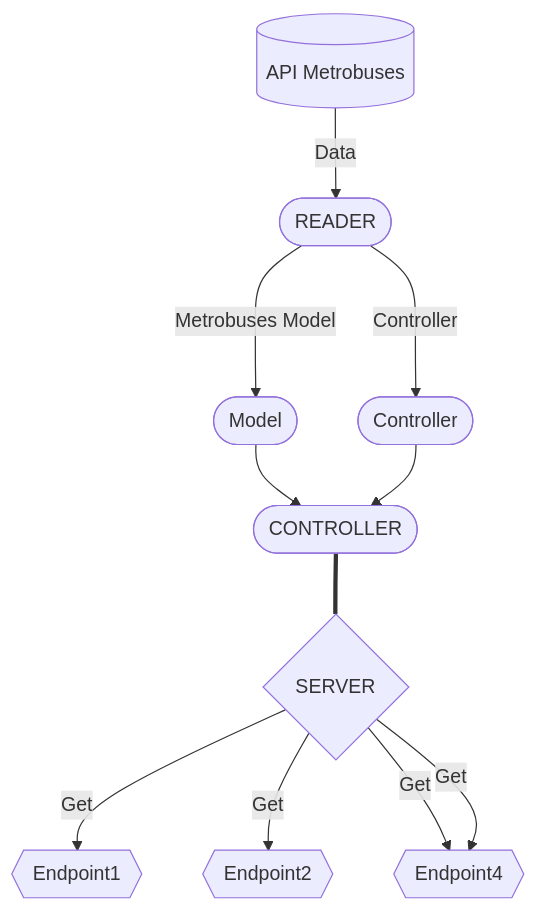
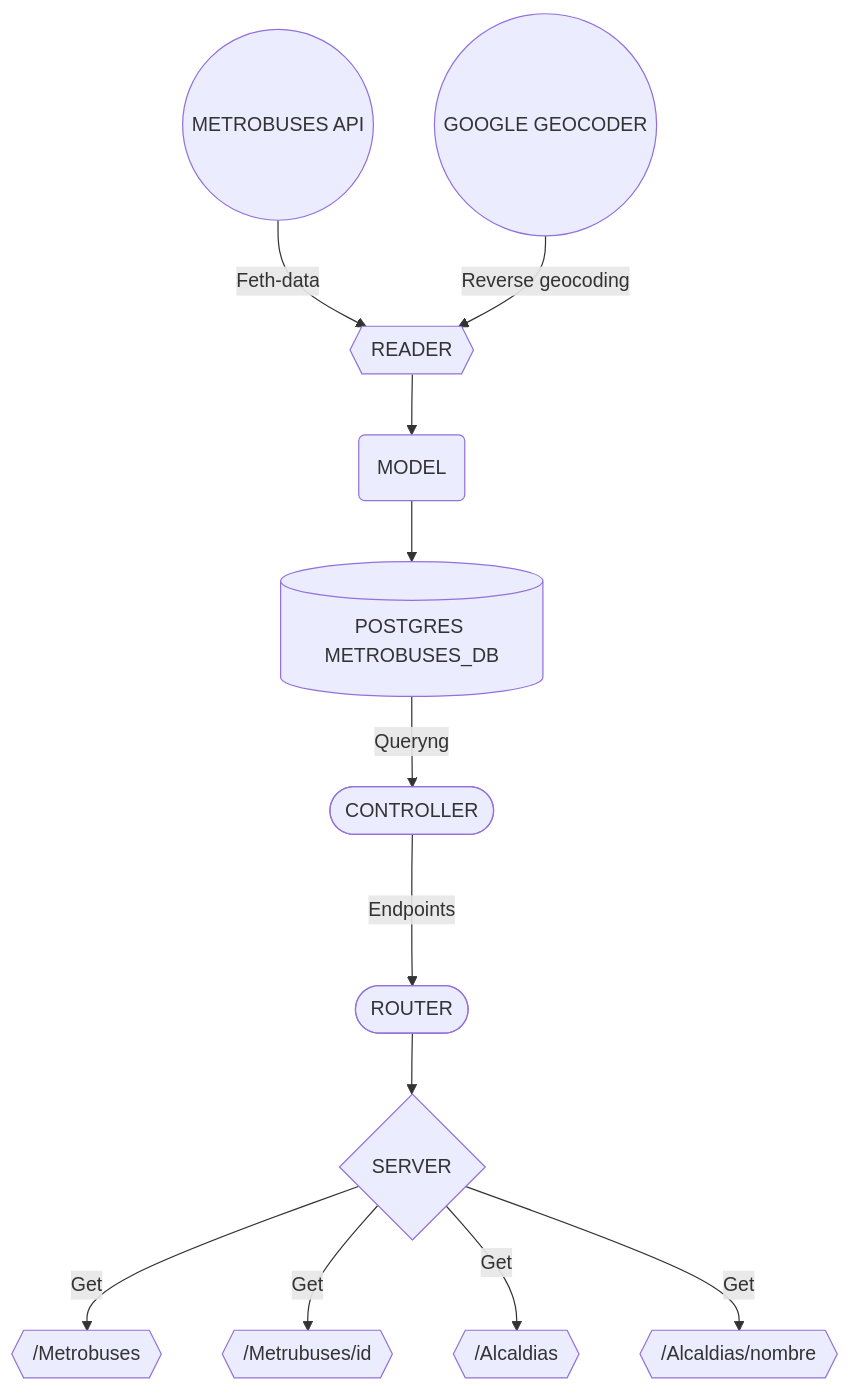
One commit to FabianGarciaXY/Data_pipeline changed the diagram in README.md. Above: the diagram before and after it, drawn with Mermaid. The commit also changed other lines of this file, not shown here.

Commit message:
README description updated

````diff
--- a/README.md
+++ b/README.md
@@ -64,15 +61,16 @@
 ```mermaid
 graph TD
-    
-    A[(API Metrobuses)] --> | Data | B([READER])
-    B ---> |Metrobuses Model| X([Model]) 
-    B --> |Controller| Y([Controller])
-    X --> D([CONTROLLER])
-    Y --> D
-    D === S{SERVER}
-    S --> |Get|-E1{{Endpoint1}}
-    S --> |Get|-E2{{Endpoint2}}
-    S --> |Get|-E3{{Endpoint3}}
-    S --> |Get|-E3{{Endpoint4}}
- 
+
+    A1(( METROBUSES API ))--Feth-data-->B1{{ READER }}
+    A2((GOOGLE GEOCODER))--Reverse geocoding-->B1
+    B1-->D1(MODEL)
+    D1-->F1[(POSTGRES METROBUSES_DB)]
+
+    F1--> | Queryng | G1([CONTROLLER])
+    G1 ---> |Endpoints| H1([ROUTER])
+    H1 --> I1{SERVER}
+    I1 --> |Get|-E1{{/Metrobuses}}
+    I1 --> |Get|-E2{{/Metrubuses/id}}
+    I1 --> |Get|-E3{{/Alcaldias}}
+    I1 --> |Get|-E4{{/Alcaldias/nombre}}
 ```
````
